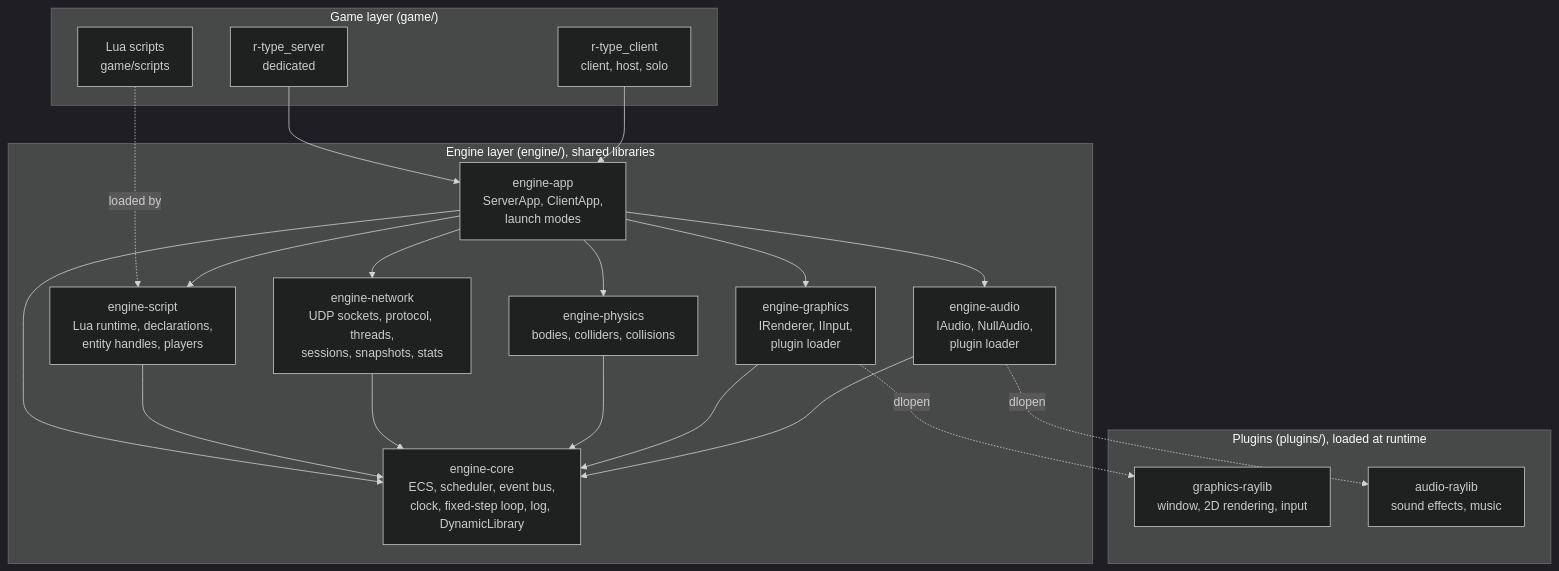
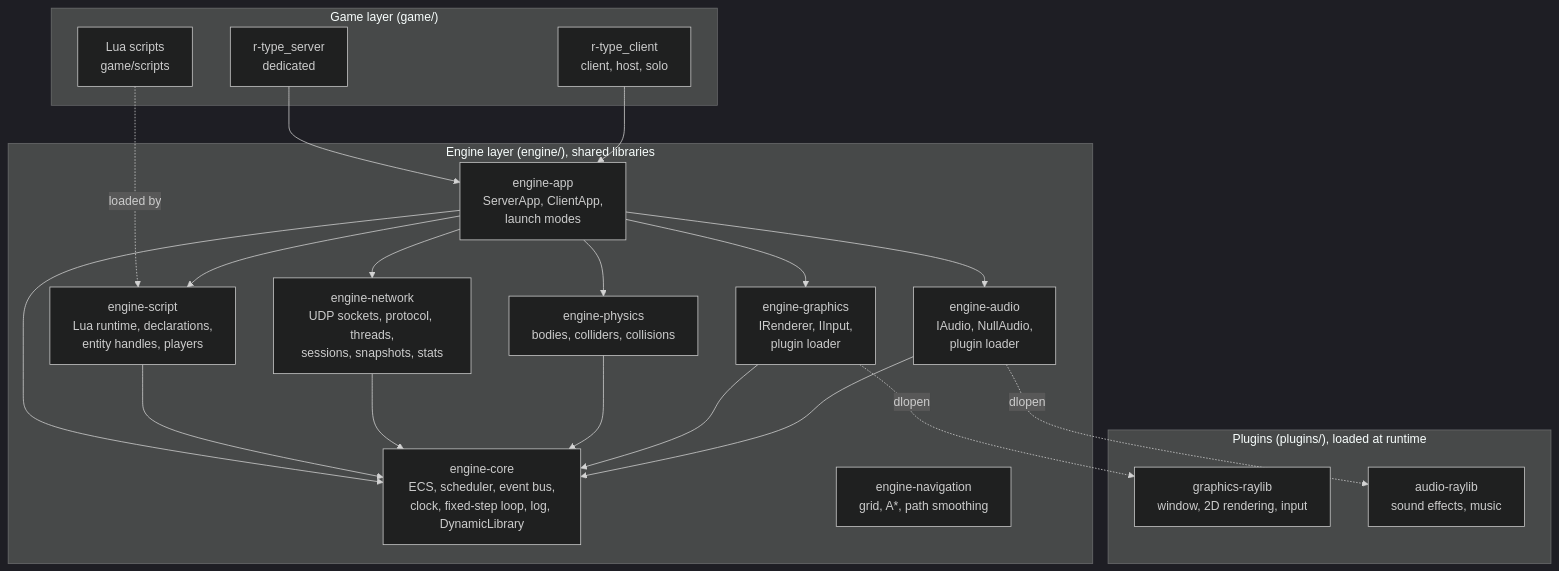
Before and after one commit to Saitamadupauvre/RType: the first of 4 diagrams in docs/architecture.md, drawn with Mermaid (dark theme). The commit also changed other lines of this file and 1 other file, not shown here.

Commit message:
docs(navigation): describe the navigation module

````diff
--- a/docs/architecture.md
+++ b/docs/architecture.md
@@ -26,37 +26,38 @@
 ```mermaid
 flowchart TB
     subgraph Game["Game layer (game/)"]
         LUA["Lua scripts<br/>game/scripts"]
         SRV["r-type_server<br/>dedicated"]
         CLI["r-type_client<br/>client, host, solo"]
     end
     subgraph Engine["Engine layer (engine/), shared libraries"]
         APP["engine-app<br/>ServerApp, ClientApp,<br/>launch modes"]
         CORE["engine-core<br/>ECS, scheduler, event bus,<br/>clock, fixed-step loop, log, DynamicLibrary"]
         SCRIPT["engine-script<br/>Lua runtime, declarations,<br/>entity handles, players"]
         NET["engine-network<br/>UDP sockets, protocol, threads,<br/>sessions, snapshots, stats"]
         PHYS["engine-physics<br/>bodies, colliders, collisions"]
+        NAV["engine-navigation<br/>grid, A*, path smoothing"]
         GFX["engine-graphics<br/>IRenderer, IInput,<br/>plugin loader"]
         AUD["engine-audio<br/>IAudio, NullAudio,<br/>plugin loader"]
     end
     subgraph Plugins["Plugins (plugins/), loaded at runtime"]
         RAY["graphics-raylib<br/>window, 2D rendering, input"]
         RAU["audio-raylib<br/>sound effects, music"]
     end
     LUA -. loaded by .-> SCRIPT
     SRV --> APP
     CLI --> APP
     APP --> SCRIPT
     APP --> NET
     APP --> PHYS
     APP --> GFX
     APP --> AUD
     APP --> CORE
     SCRIPT --> CORE
     NET --> CORE
     PHYS --> CORE
     GFX --> CORE
     GFX -. dlopen .-> RAY
     AUD --> CORE
     AUD -. dlopen .-> RAU
 ```
````
